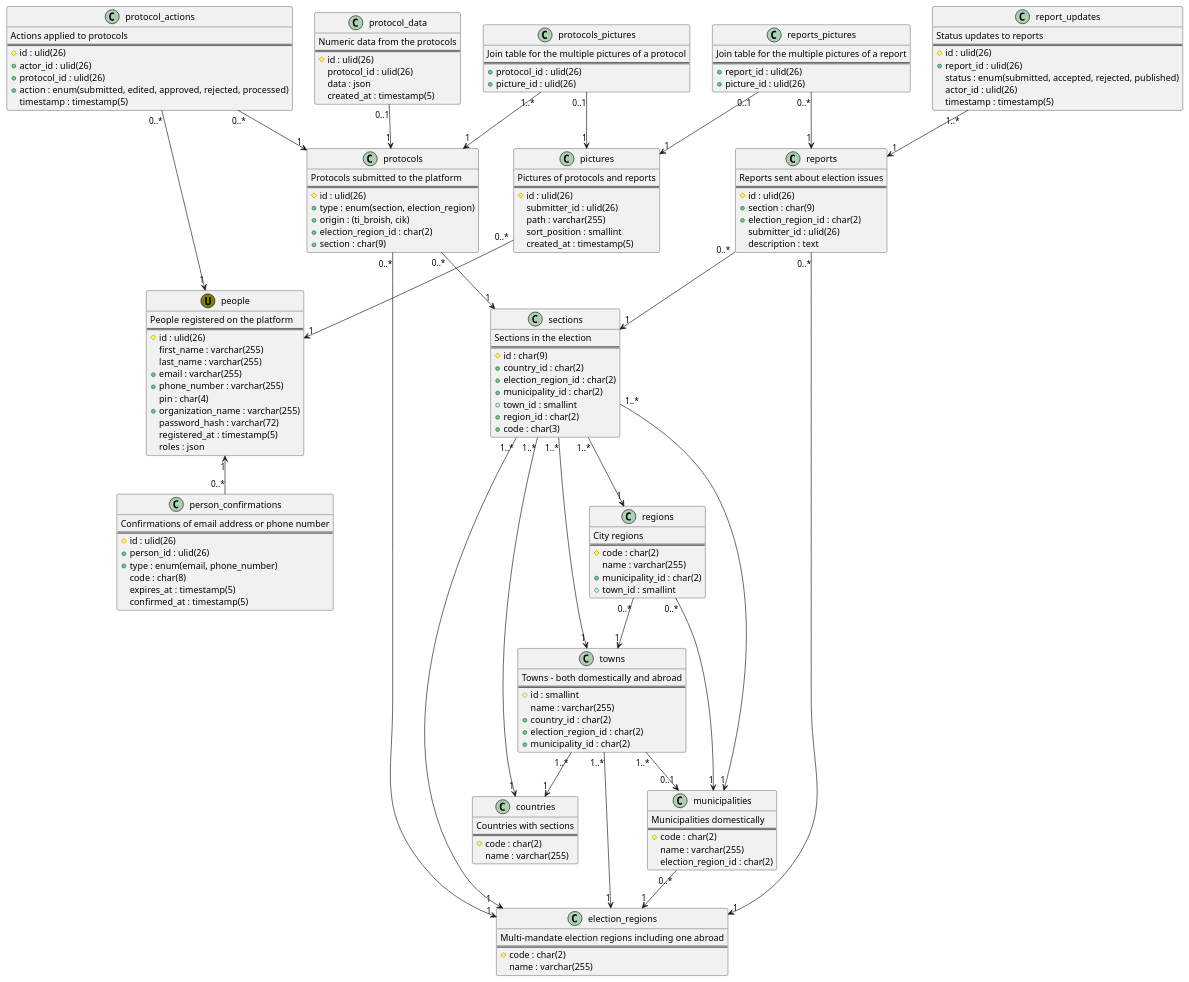
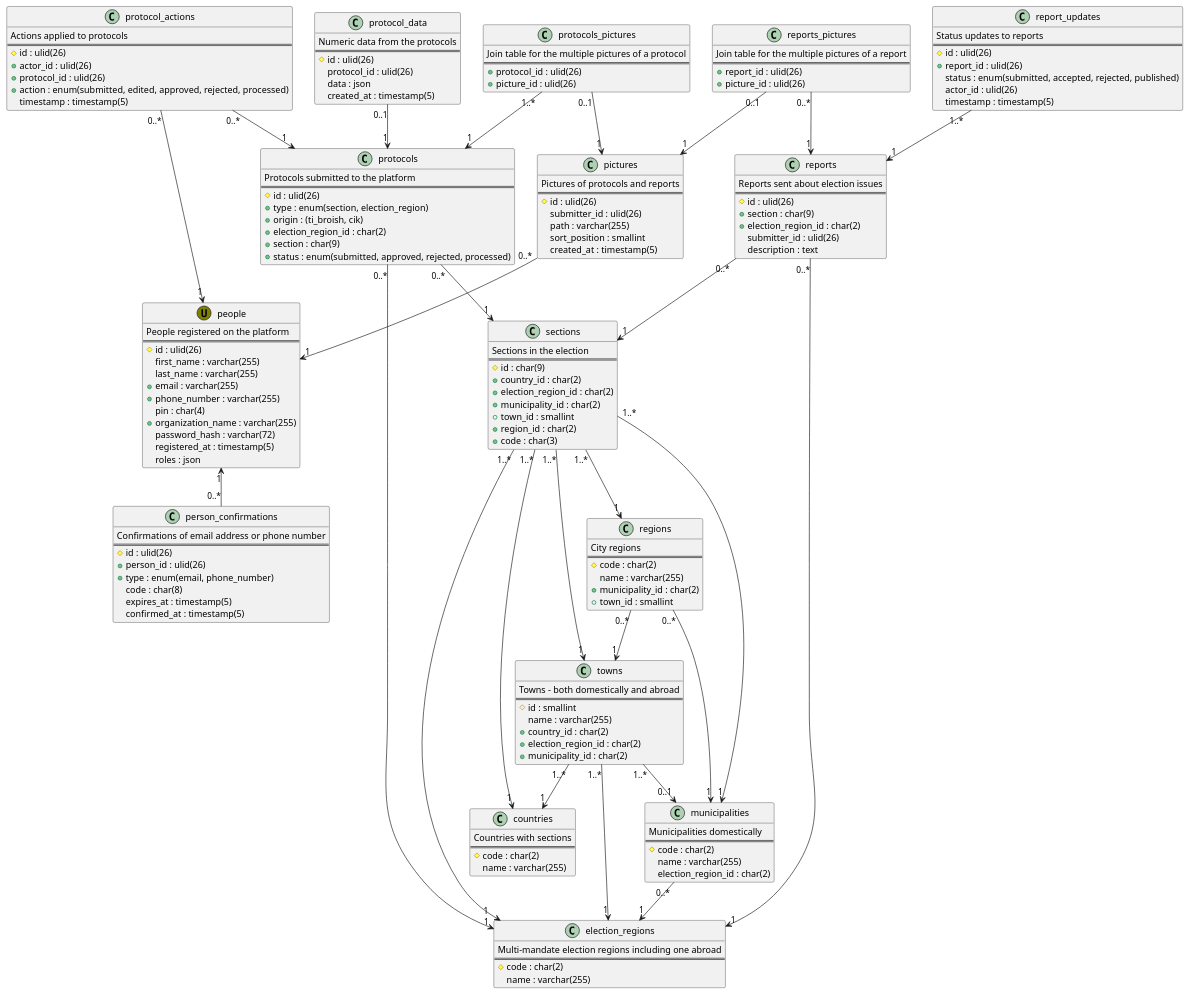
Before and after one commit to ti-broish/docs: the diagram in src/Контекст/Ти Броиш/База Данни/1.database.puml, drawn with PlantUML.

Commit message:
Add an aggregated mutable protocols.status column for quick querying

```diff
--- a/src/Контекст/Ти Броиш/База Данни/1.database.puml
+++ b/src/Контекст/Ти Броиш/База Данни/1.database.puml
@@ -1,193 +1,194 @@
 @startuml database
 
 class people <<(U,olive)>> {
   People registered on the platform
   ==
   #id : ulid(26)
   first_name : varchar(255)
   last_name : varchar(255)
   +email : varchar(255)
   +phone_number : varchar(255)
   pin : char(4)
   +organization_name : varchar(255)
   password_hash : varchar(72)
   registered_at : timestamp(5)
   roles : json
 }
 
 people "1" <-- "0..*" person_confirmations
 
 class person_confirmations {
     Confirmations of email address or phone number
     ==
     #id : ulid(26)
     +person_id : ulid(26)
     +type : enum(email, phone_number)
     code : char(8)
     expires_at : timestamp(5)
     confirmed_at : timestamp(5)
 }
 
 class sections {
     Sections in the election
     ==
     #id : char(9)
     +country_id : char(2)
     +election_region_id : char(2)
     +municipality_id : char(2)
     +town_id : smallint
     +region_id : char(2)
     +code : char(3)
 }
 
 sections "1..*" --> "1" countries
 sections "1..*" --> "1" election_regions
 sections "1..*" --> "1" municipalities
 sections "1..*" --> "1" regions
 sections "1..*" --> "1" towns
 
 class protocols {
     Protocols submitted to the platform
     ==
     #id : ulid(26)
     +type : enum(section, election_region)
     +origin : (ti_broish, cik)
     +election_region_id : char(2)
     +section : char(9)
+    +status : enum(submitted, approved, rejected, processed)
 }
 
 protocols "0..*" --> "1" sections
 protocols "0..*" --> "1" election_regions
 
 class protocol_data {
     Numeric data from the protocols
     ==
     #id : ulid(26)
     protocol_id : ulid(26)
     data : json
     created_at : timestamp(5)
 }
 
 protocol_data "0..1" --> "1" protocols
 
 class protocol_actions {
     Actions applied to protocols
     ==
     #id : ulid(26)
     +actor_id : ulid(26)
     +protocol_id : ulid(26)
     +action : enum(submitted, edited, approved, rejected, processed)
     timestamp : timestamp(5)
 }
 
 protocol_actions "0..*" --> "1" protocols
 protocol_actions "0..*" --> "1" people
 
 class reports {
     Reports sent about election issues
     ==
     #id : ulid(26)
     +section : char(9)
     +election_region_id : char(2)
     submitter_id : ulid(26)
     description : text
 }
 
 reports "0..*" --> "1" sections
 reports "0..*" --> "1" election_regions
 
 class report_updates {
     Status updates to reports
     ==
     #id : ulid(26)
     +report_id : ulid(26)
     status : enum(submitted, accepted, rejected, published)
     actor_id : ulid(26)
     timestamp : timestamp(5)
 }
 
 report_updates "1..*" --> "1" reports
 
 class pictures {
     Pictures of protocols and reports
     ==
     #id : ulid(26)
     submitter_id : ulid(26)
     path : varchar(255)
     sort_position : smallint
     created_at : timestamp(5)
 }
 
 pictures "0..*" --> "1" people
 
 class reports_pictures {
     Join table for the multiple pictures of a report
     ==
     +report_id : ulid(26)
     +picture_id : ulid(26)
 }
 
 reports_pictures "0..1" --> "1" pictures
 reports_pictures "0..*" --> "1" reports
 
 class protocols_pictures {
     Join table for the multiple pictures of a protocol
     ==
     +protocol_id : ulid(26)
     +picture_id : ulid(26)
 }
 
 protocols_pictures "0..1" --> "1" pictures
 protocols_pictures "1..*" --> "1" protocols
 
 class election_regions {
     Multi-mandate election regions including one abroad
     ==
     #code : char(2)
     name : varchar(255)
 }
 
 class countries {
     Countries with sections
     ==
     #code : char(2)
     name : varchar(255)
 }
 
 class municipalities {
     Municipalities domestically
     ==
     #code : char(2)
     name : varchar(255)
     election_region_id : char(2)
 }
 
 municipalities "0..*" --> "1" election_regions
 
 class towns {
     Towns - both domestically and abroad
     ==
     #id : smallint
     name : varchar(255)
     +country_id : char(2)
     +election_region_id : char(2)
     +municipality_id : char(2)
 }
 
 towns "1..*" --> "1" countries
 towns "1..*" --> "1" election_regions
 towns "1..*" --> "0..1" municipalities
 
 class regions {
     City regions
     ==
     #code : char(2)
     name : varchar(255)
     +municipality_id : char(2)
     +town_id : smallint
 }
 
 regions "0..*" --> "1" municipalities
 regions "0..*" --> "1" towns
 
 @enduml
```
